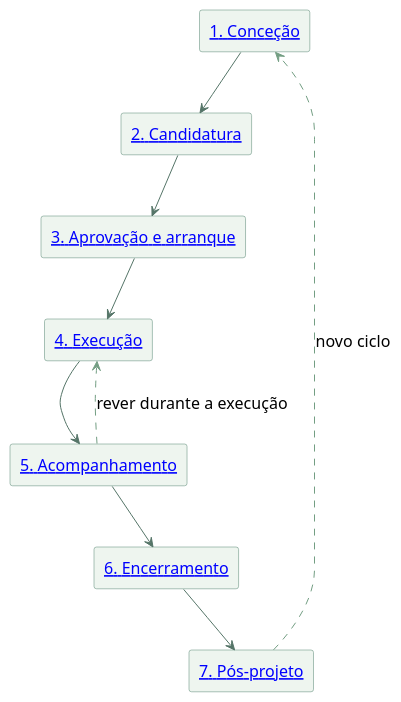
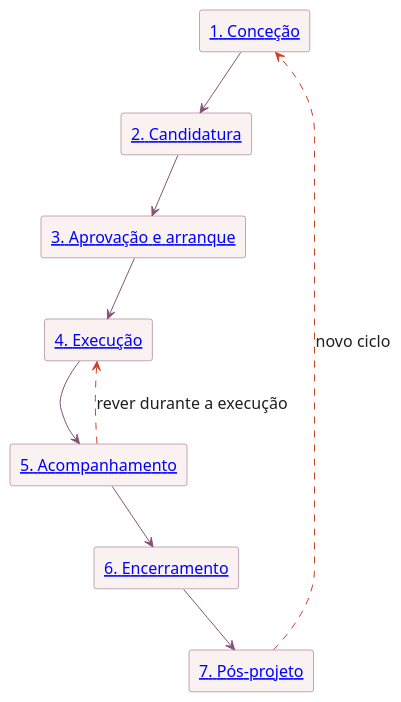
The diagram in diagrams/pathway-projeto-1.puml (nunobett/formigas), drawn with PlantUML before and after one commit. The commit also changed 20 other files, not shown here.

```diff
--- a/diagrams/pathway-projeto-1.puml
+++ b/diagrams/pathway-projeto-1.puml
@@ -1,25 +1,26 @@
 @startuml
 skinparam backgroundColor white
 skinparam defaultFontName SansSerif
 skinparam defaultFontSize 16
 skinparam shadowing false
-skinparam rectangleBackgroundColor #EEF5EF
-skinparam rectangleBorderColor #558570
-skinparam ArrowColor #557568
+skinparam defaultFontColor #1F1F1F
+skinparam rectangleBackgroundColor #FAF2F0
+skinparam rectangleBorderColor #855275
+skinparam ArrowColor #855275
 top to bottom direction
 rectangle "[[fases-projeto/concecao.html 1. Conceção]]" as N0
 rectangle "[[fases-projeto/candidatura.html 2. Candidatura]]" as N1
 rectangle "[[fases-projeto/aprovacao.html 3. Aprovação e arranque]]" as N2
 rectangle "[[fases-projeto/execucao.html 4. Execução]]" as N3
 rectangle "[[fases-projeto/acompanhamento.html 5. Acompanhamento]]" as N4
 rectangle "[[fases-projeto/encerramento.html 6. Encerramento]]" as N5
 rectangle "[[fases-projeto/pos-projeto.html 7. Pós-projeto]]" as N6
 N0 --> N1
 N1 --> N2
 N2 --> N3
 N3 --> N4
 N4 --> N5
 N5 --> N6
-N6 -[#739E83,dashed]-> N0 : novo ciclo
-N4 -[#739E83,dashed]-> N3 : rever durante a execução
+N6 -[#CC4125,dashed]-> N0 : novo ciclo
+N4 -[#CC4125,dashed]-> N3 : rever durante a execução
 @enduml
```
